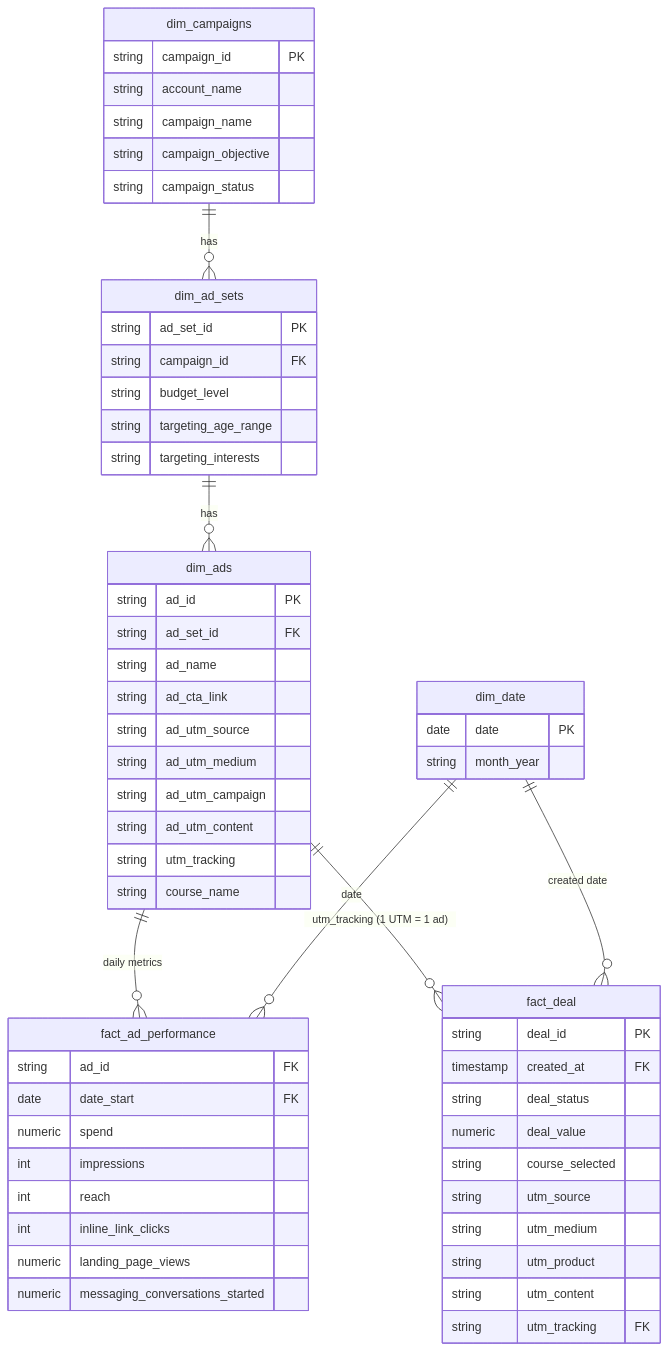
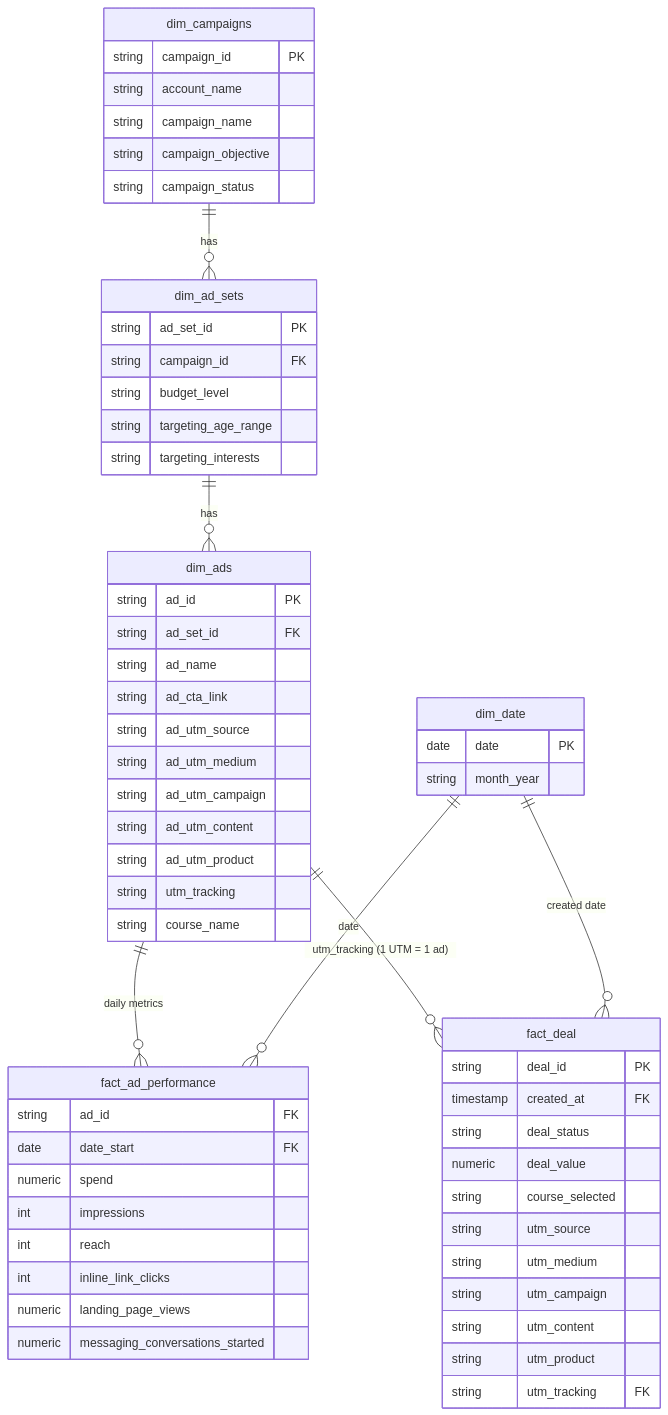
One commit to tuhoang3112/fb-ads-lead-attribution changed the second of 2 diagrams in README.md. Above: the diagram before and after it, drawn with Mermaid. The commit also changed other lines of this file, not shown here.

Commit message:
Model diagram: five UTM columns on each side of the utm_tracking join
Claude-Session: https://claude.ai/code/session_01FE233U4YTNJntBW99dBEpw

````diff
--- a/README.md
+++ b/README.md
@@ -111,62 +111,64 @@
 ```mermaid
 erDiagram
   dim_campaigns ||--o{ dim_ad_sets : "has"
   dim_ad_sets ||--o{ dim_ads : "has"
   dim_ads ||--o{ fact_ad_performance : "daily metrics"
   dim_ads ||--o{ fact_deal : "utm_tracking (1 UTM = 1 ad)"
   dim_date ||--o{ fact_ad_performance : "date"
   dim_date ||--o{ fact_deal : "created date"
 
   dim_campaigns {
     string campaign_id PK
     string account_name
     string campaign_name
     string campaign_objective
     string campaign_status
   }
   dim_ad_sets {
     string ad_set_id PK
     string campaign_id FK
     string budget_level
     string targeting_age_range
     string targeting_interests
   }
   dim_ads {
     string ad_id PK
     string ad_set_id FK
     string ad_name
     string ad_cta_link
     string ad_utm_source
     string ad_utm_medium
     string ad_utm_campaign
     string ad_utm_content
+    string ad_utm_product
     string utm_tracking
     string course_name
   }
   fact_ad_performance {
     string ad_id FK
     date date_start FK
     numeric spend
     int impressions
     int reach
     int inline_link_clicks
     numeric landing_page_views
     numeric messaging_conversations_started
   }
   fact_deal {
     string deal_id PK
     timestamp created_at FK
     string deal_status
     numeric deal_value
     string course_selected
     string utm_source
     string utm_medium
+    string utm_campaign
+    string utm_content
     string utm_product
-    string utm_content
     string utm_tracking FK
   }
   dim_date {
     date date PK
     string month_year
   }
 ```
````
